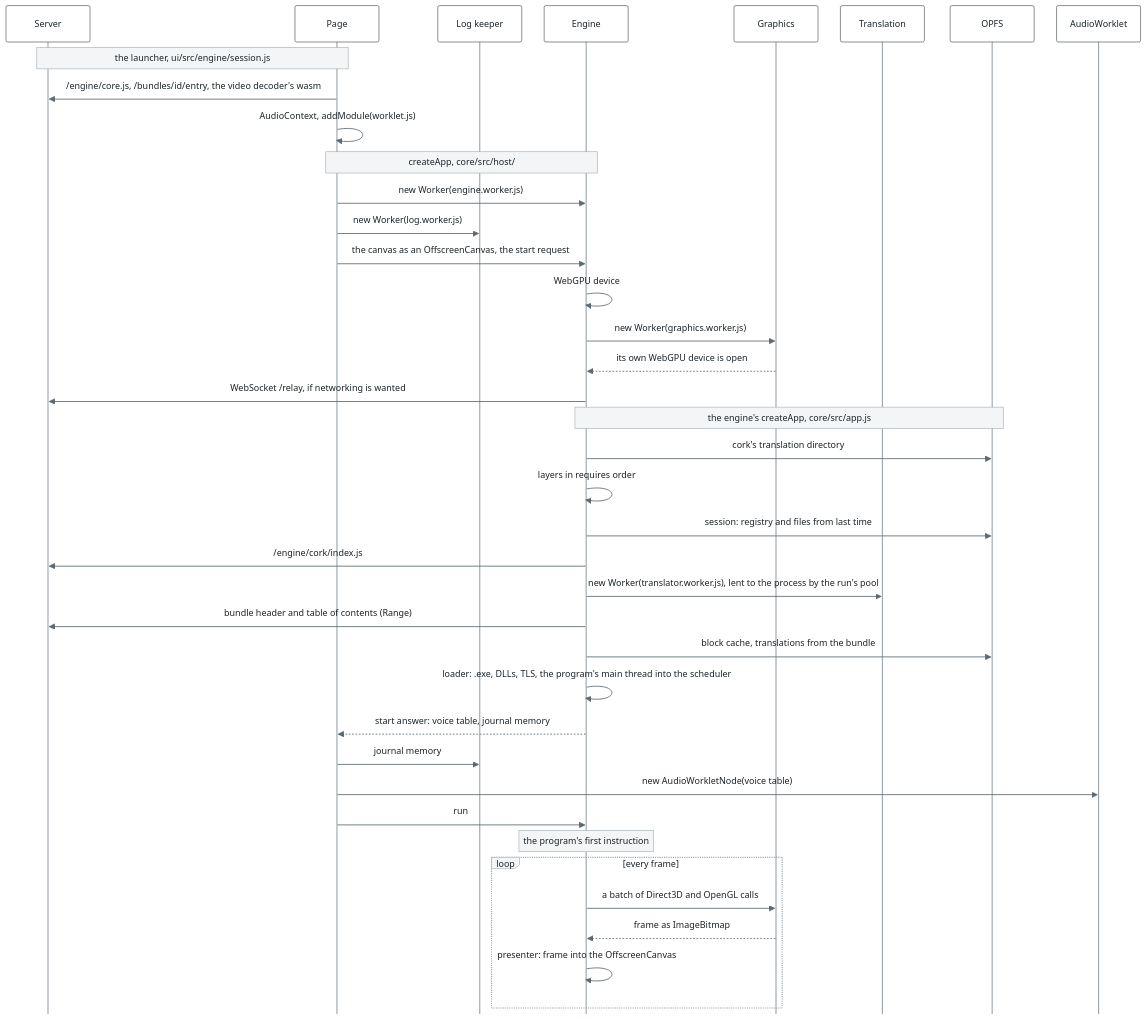
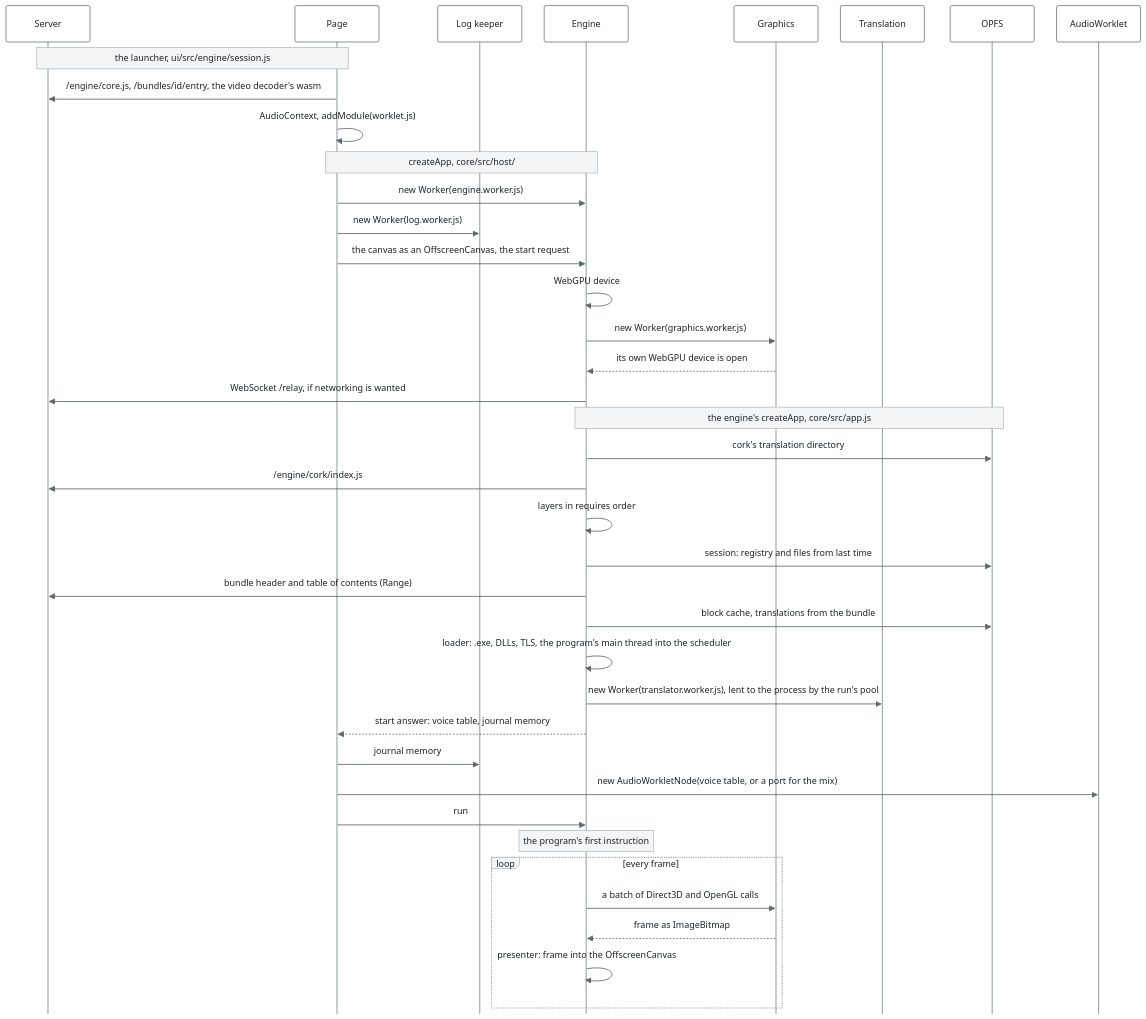
The third of 10 diagrams in docs/architecture.md (bottlify/bottlify), drawn with Mermaid before and after one commit. The commit also changed other lines of this file and 5 other files, not shown here.

````diff
--- a/docs/architecture.md
+++ b/docs/architecture.md
@@ -229,42 +257,42 @@
 ```mermaid
 %%{init: {"theme": "base", "sequence": {"mirrorActors": false, "messageMargin": 24, "noteMargin": 8, "actorMargin": 40}, "themeVariables": {"fontFamily": "Inter, Segoe UI, Helvetica, Arial, sans-serif", "fontSize": "13px", "actorBkg": "#FFFFFF", "actorBorder": "#2F3A40", "actorTextColor": "#1B2328", "actorLineColor": "#9AA6AC", "signalColor": "#5C6970", "signalTextColor": "#1B2328", "noteBkgColor": "#F3F5F6", "noteBorderColor": "#9AA6AC", "noteTextColor": "#1B2328", "labelBoxBkgColor": "#F3F5F6", "labelBoxBorderColor": "#9AA6AC", "labelTextColor": "#1B2328", "loopTextColor": "#1B2328"}}}%%
 sequenceDiagram
   participant S as Server
   participant P as Page
   participant K as Log keeper
   participant E as Engine
   participant G as Graphics
   participant T as Translation
   participant O as OPFS
   participant A as AudioWorklet
   Note over S,P: the launcher, ui/src/engine/session.js
   P->>S: /engine/core.js, /bundles/id/entry, the video decoder's wasm
   P->>P: AudioContext, addModule(worklet.js)
   Note over P,E: createApp, core/src/host/
   P->>E: new Worker(engine.worker.js)
   P->>K: new Worker(log.worker.js)
   P->>E: the canvas as an OffscreenCanvas, the start request
   E->>E: WebGPU device
   E->>G: new Worker(graphics.worker.js)
   G-->>E: its own WebGPU device is open
   E->>S: WebSocket /relay, if networking is wanted
   Note over E,O: the engine's createApp, core/src/app.js
   E->>O: cork's translation directory
+  E->>S: /engine/cork/index.js
   E->>E: layers in requires order
   E->>O: session: registry and files from last time
-  E->>S: /engine/cork/index.js
-  E->>T: new Worker(translator.worker.js), lent to the process by the run's pool
   E->>S: bundle header and table of contents (Range)
   E->>O: block cache, translations from the bundle
   E->>E: loader: .exe, DLLs, TLS, the program's main thread into the scheduler
+  E->>T: new Worker(translator.worker.js), lent to the process by the run's pool
   E-->>P: start answer: voice table, journal memory
   P->>K: journal memory
-  P->>A: new AudioWorkletNode(voice table)
+  P->>A: new AudioWorkletNode(voice table, or a port for the mix)
   P->>E: run
   Note over E: the program's first instruction
   loop every frame
     E->>G: a batch of Direct3D and OpenGL calls
     G-->>E: frame as ImageBitmap
     E->>E: presenter: frame into the OffscreenCanvas
   end
 ```
````
